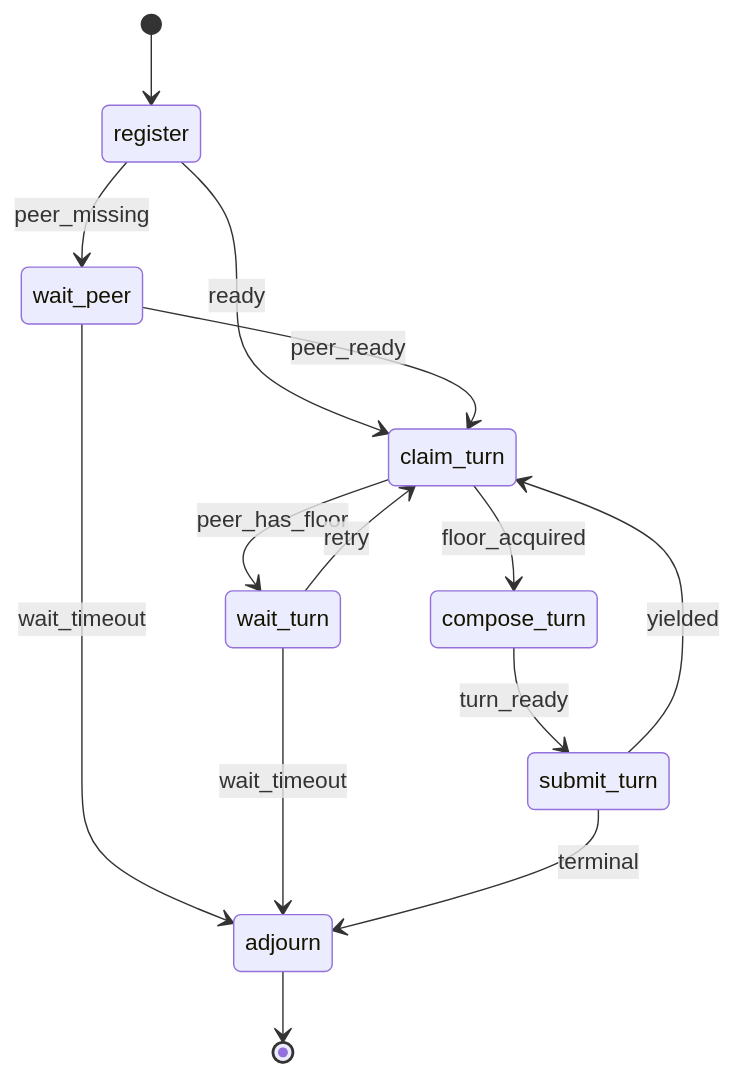
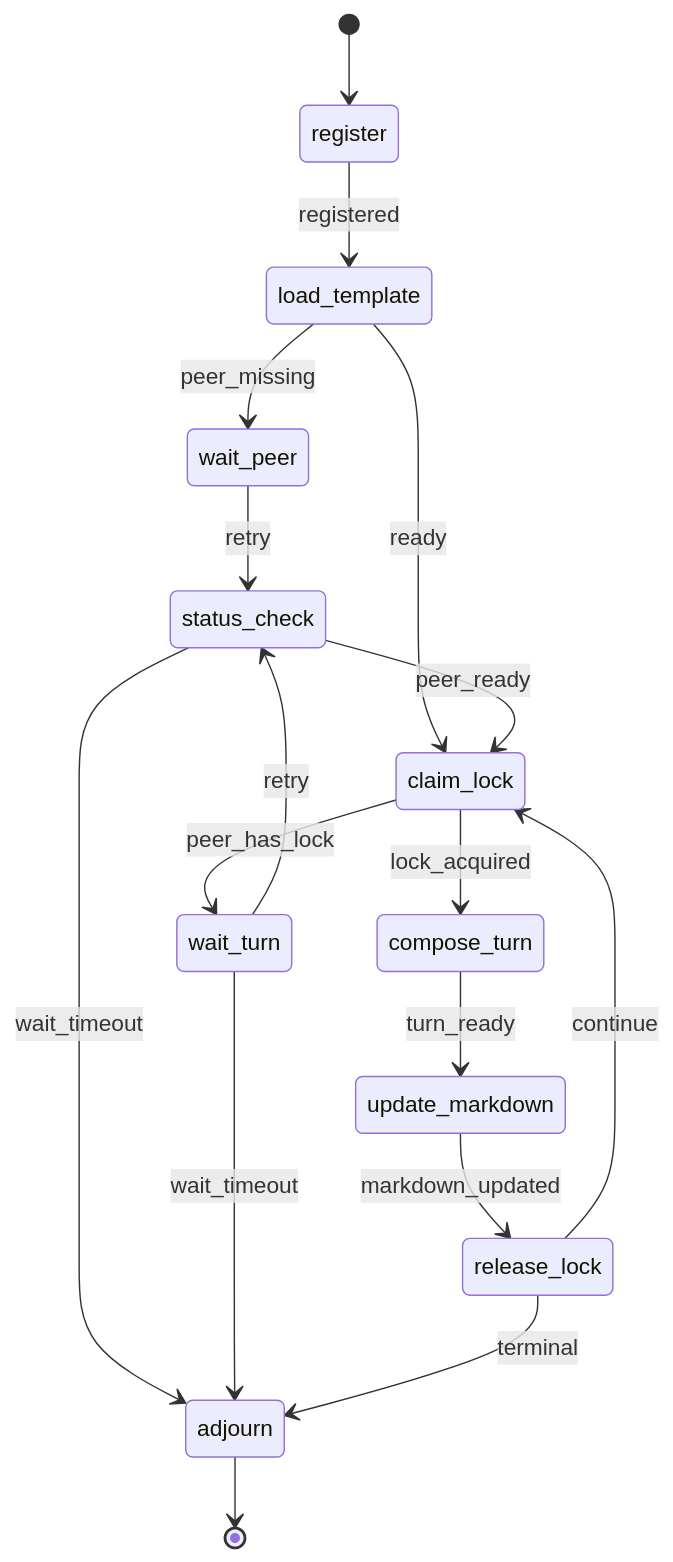
Before and after one commit to rp1-run/rp1: the diagram in plugins/base/skills/socratic-duel/SKILL.md, drawn with Mermaid. The commit also changed other lines of this file and 20 other files, not shown here.

````diff
--- a/plugins/base/skills/socratic-duel/SKILL.md
+++ b/plugins/base/skills/socratic-duel/SKILL.md
@@ -68,16 +75,19 @@
 ```mermaid
 stateDiagram-v2
     [*] --> register
-    register --> wait_peer : peer_missing
-    register --> claim_turn : ready
-    wait_peer --> claim_turn : peer_ready
-    wait_peer --> adjourn : wait_timeout
-    claim_turn --> compose_turn : floor_acquired
-    claim_turn --> wait_turn : peer_has_floor
-    wait_turn --> claim_turn : retry
+    register --> load_template : registered
+    load_template --> wait_peer : peer_missing
+    load_template --> claim_lock : ready
+    wait_peer --> status_check : retry
+    status_check --> claim_lock : peer_ready
+    status_check --> adjourn : wait_timeout
+    claim_lock --> compose_turn : lock_acquired
+    claim_lock --> wait_turn : peer_has_lock
+    wait_turn --> status_check : retry
     wait_turn --> adjourn : wait_timeout
-    compose_turn --> submit_turn : turn_ready
-    submit_turn --> claim_turn : yielded
-    submit_turn --> adjourn : terminal
+    compose_turn --> update_markdown : turn_ready
+    update_markdown --> release_lock : markdown_updated
+    release_lock --> claim_lock : continue
+    release_lock --> adjourn : terminal
     adjourn --> [*]
 ```
````
